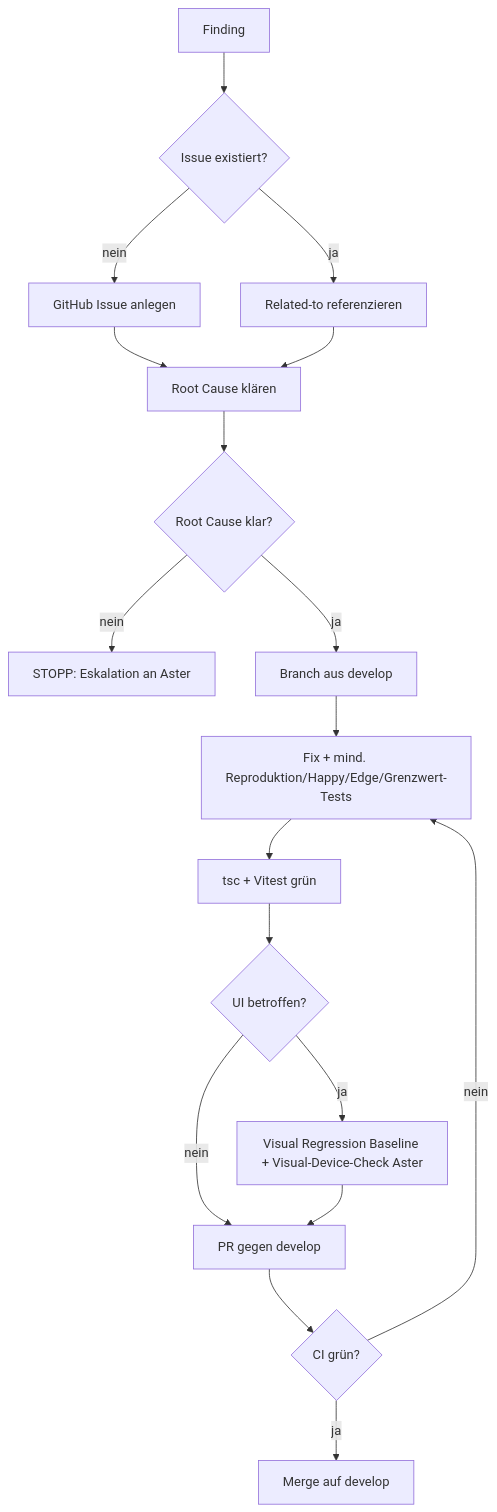
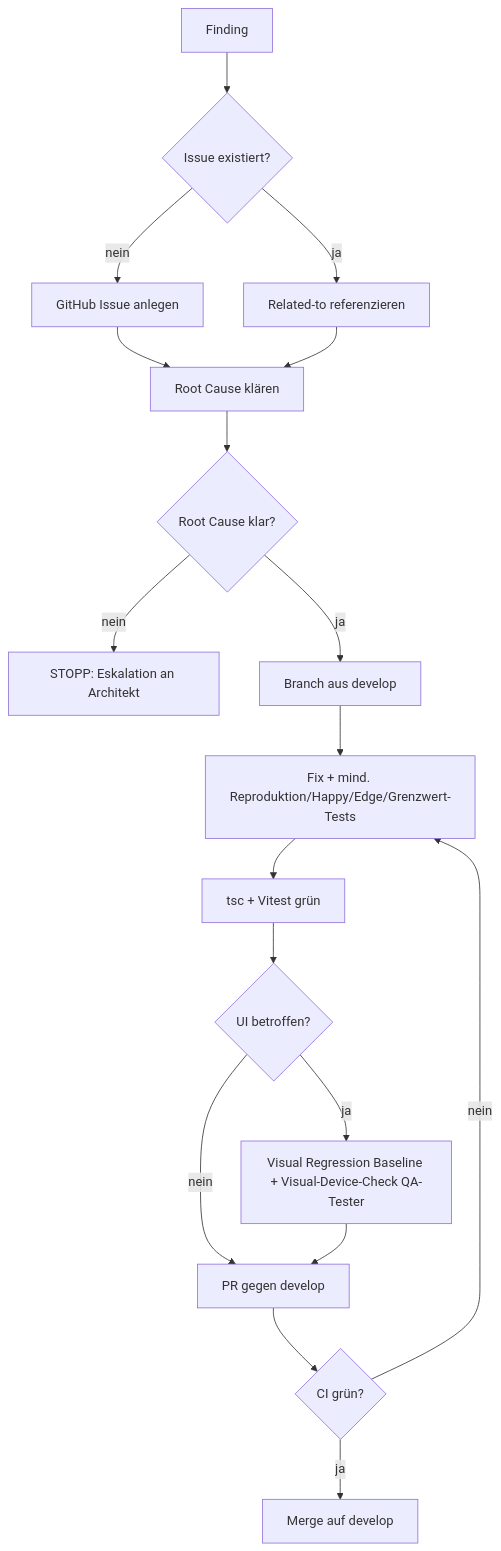
Before and after one commit to astrapi69/adaptive-learner: the second of 4 diagrams in docs/adaptive-learner-vorgehensweise.md, drawn with Mermaid. The commit also changed other lines of this file, not shown here.

````diff
--- a/docs/adaptive-learner-vorgehensweise.md
+++ b/docs/adaptive-learner-vorgehensweise.md
@@ -76,20 +84,20 @@
 ```mermaid
 flowchart TD
     A[Finding] --> B{Issue existiert?}
     B -->|nein| C[GitHub Issue anlegen]
     B -->|ja| D[Related-to referenzieren]
     C --> E[Root Cause klären]
     D --> E
     E --> F{Root Cause klar?}
-    F -->|nein| G[STOPP: Eskalation an Aster]
+    F -->|nein| G[STOPP: Eskalation an Architekt]
     F -->|ja| H[Branch aus develop]
     H --> I[Fix + mind. Reproduktion/Happy/Edge/Grenzwert-Tests]
     I --> J[tsc + Vitest grün]
     J --> K{UI betroffen?}
-    K -->|ja| L[Visual Regression Baseline + Visual-Device-Check Aster]
+    K -->|ja| L[Visual Regression Baseline + Visual-Device-Check QA-Tester]
     K -->|nein| M[PR gegen develop]
     L --> M
     M --> N{CI grün?}
     N -->|nein| I
     N -->|ja| O[Merge auf develop]
 ```
````
